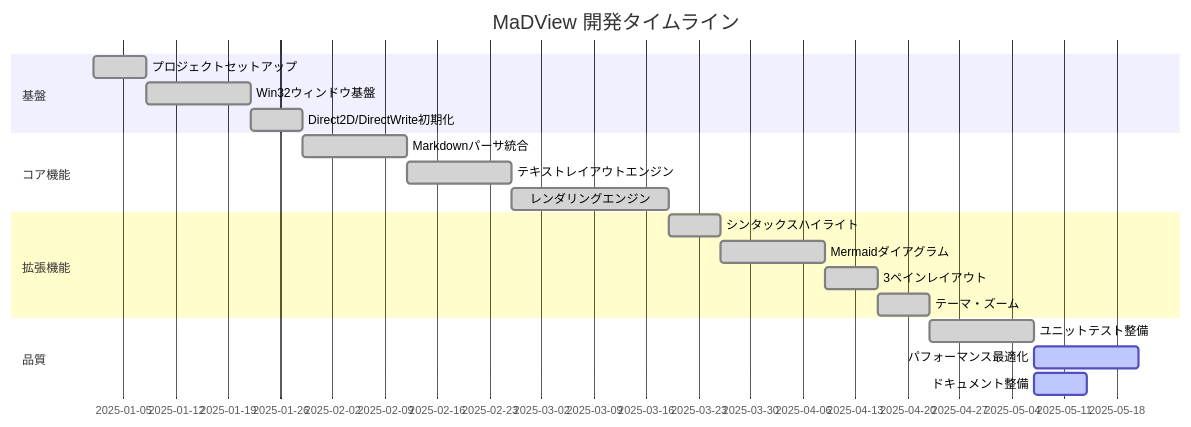
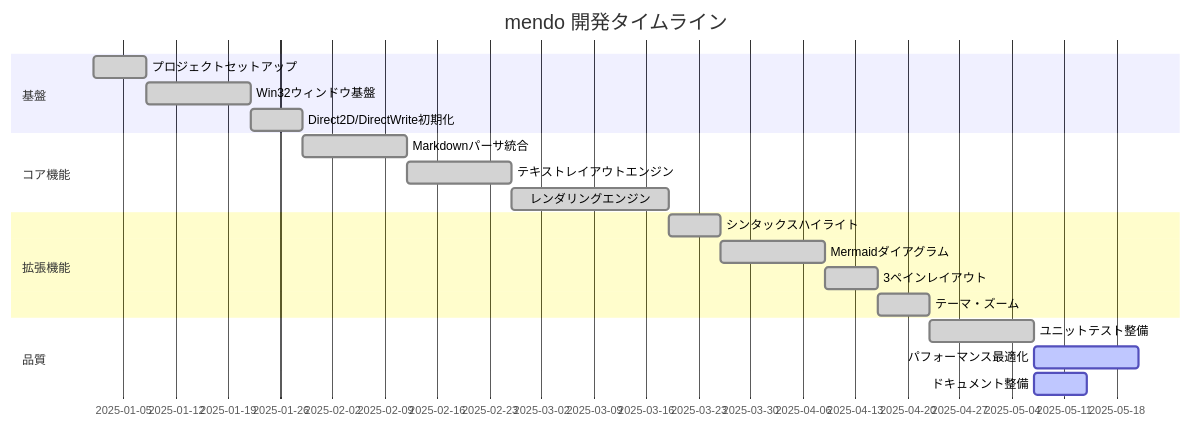
Diagram 23 of 23 in test.md (tanaton/mendo), drawn with Mermaid before and after one commit. The commit also changed other lines of this file and 17 other files, not shown here.

````diff
--- a/test.md
+++ b/test.md
@@ -1461,25 +1461,25 @@
 ```mermaid
 gantt
-    title MaDView 開発タイムライン
+    title mendo 開発タイムライン
     dateFormat  YYYY-MM-DD
     section 基盤
     プロジェクトセットアップ      :done, a1, 2025-01-01, 7d
     Win32ウィンドウ基盤           :done, a2, after a1, 14d
     Direct2D/DirectWrite初期化    :done, a3, after a2, 7d
 
     section コア機能
     Markdownパーサ統合            :done, b1, after a3, 14d
     テキストレイアウトエンジン    :done, b2, after b1, 14d
     レンダリングエンジン          :done, b3, after b2, 21d
 
     section 拡張機能
     シンタックスハイライト        :done, c1, after b3, 7d
     Mermaidダイアグラム           :done, c2, after c1, 14d
     3ペインレイアウト             :done, c3, after c2, 7d
     テーマ・ズーム                :done, c4, after c3, 7d
 
     section 品質
     ユニットテスト整備            :done, d1, after c4, 14d
     パフォーマンス最適化          :active, d2, after d1, 14d
     ドキュメント整備              :active, d3, after d1, 7d
 ```
````
